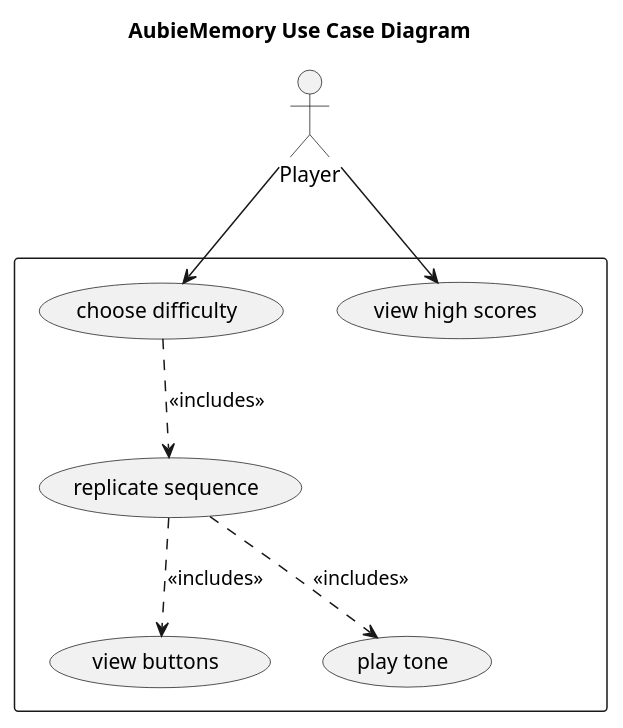
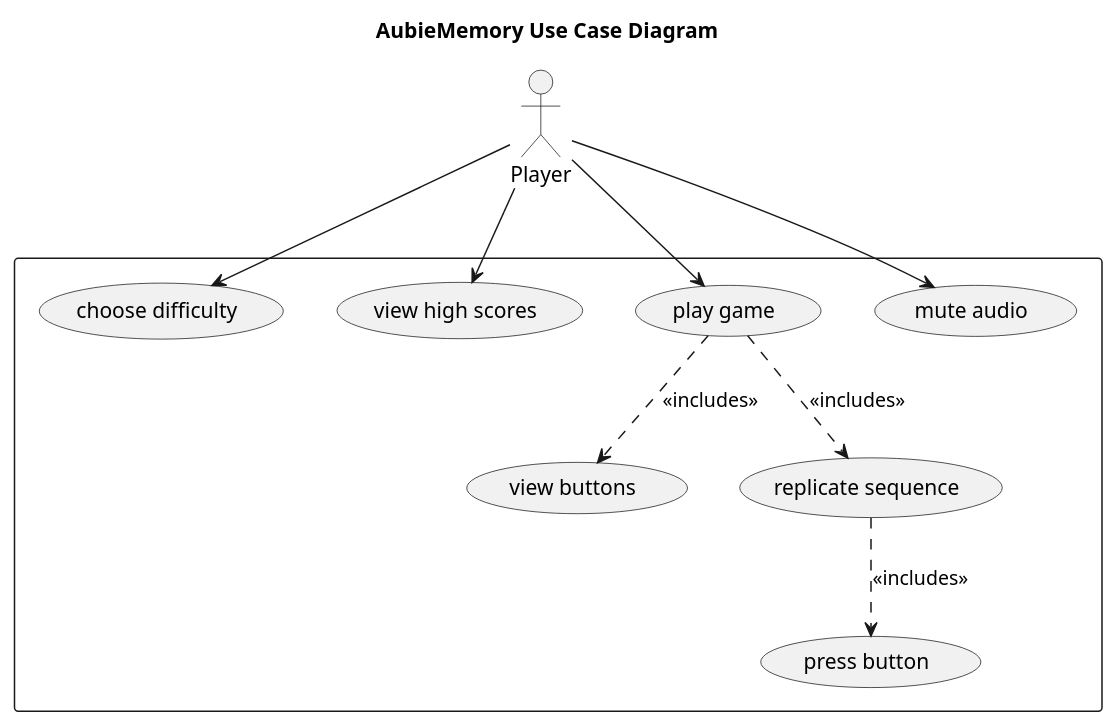
Before and after one commit to llittle3701/AubieMemory: the diagram in app/UML/UC diagram.puml, drawn with PlantUML. The commit also changed 5 other files, not shown here.

Commit message:
Updated UML

```diff
--- a/app/UML/UC diagram.puml
+++ b/app/UML/UC diagram.puml
@@ -1,14 +1,15 @@
 @startuml
 title AubieMemory Use Case Diagram
 
 actor Player
 
 rectangle {
 Player --> (choose difficulty)
 Player --> (view high scores)
-
-(choose difficulty) ..> (replicate sequence): <<includes>>
-(replicate sequence) ..> (view buttons): <<includes>>
-(replicate sequence) ..> (play tone): <<includes>>
+Player --> (play game)
+Player --> (mute audio)
+(play game) ..> (view buttons): <<includes>>
+(play game) ..> (replicate sequence): <<includes>>
+(replicate sequence) ..> (press button): <<includes>>
 }
 @enduml
```
